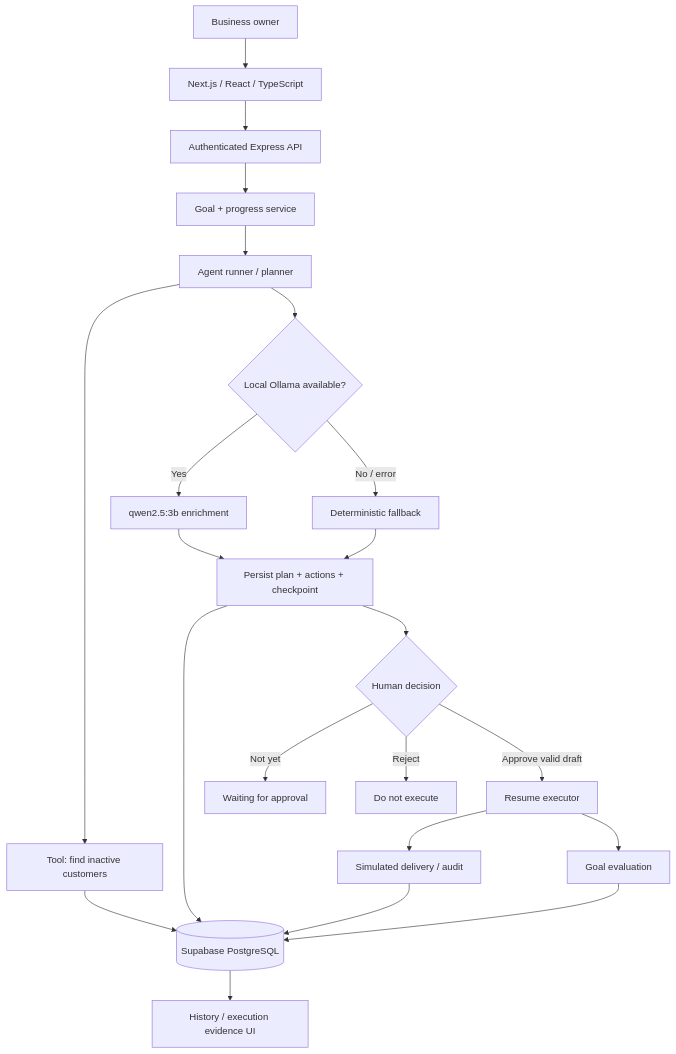
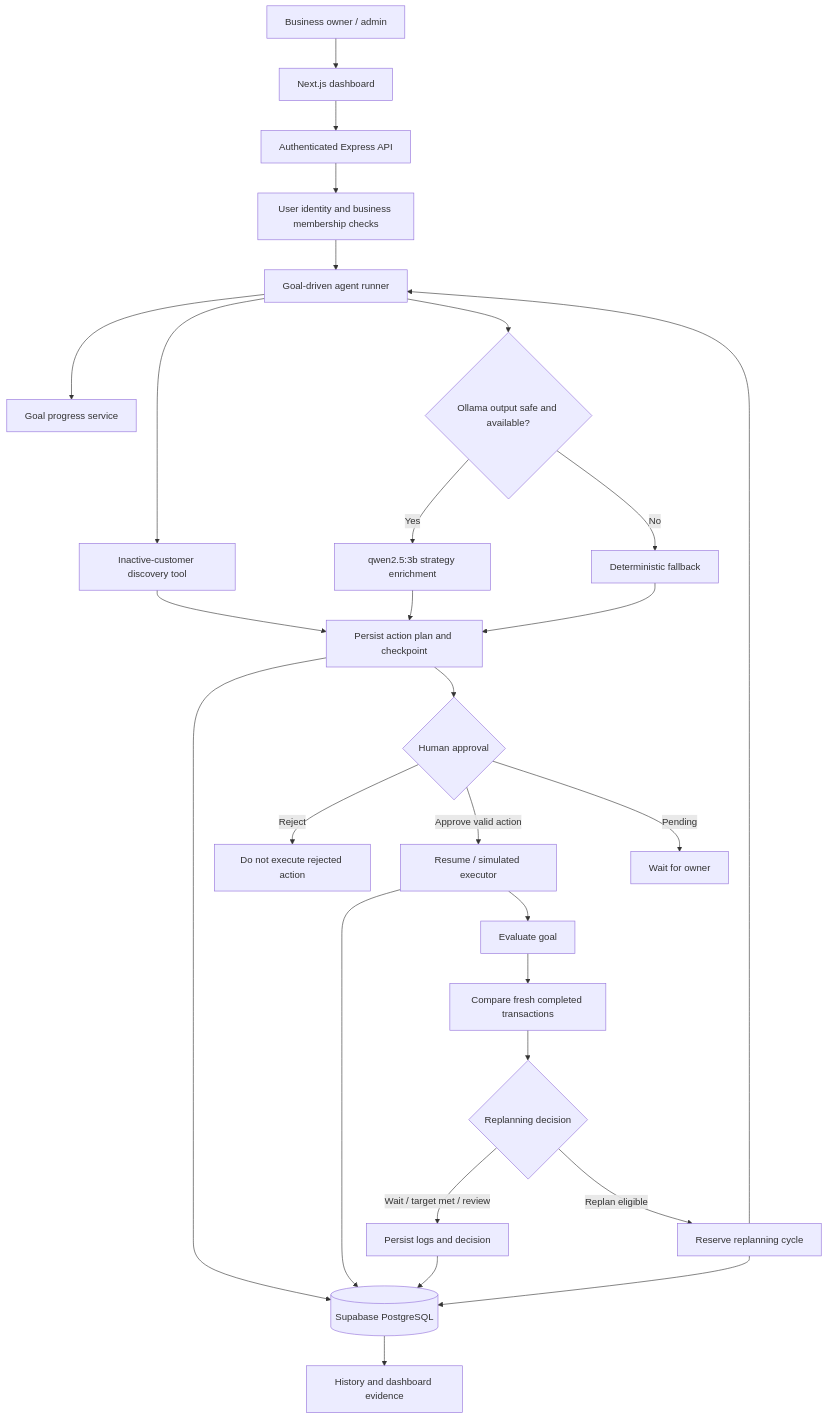
The diagram in README.md (im-arunkr/growpilot-ai), drawn with Mermaid before and after one commit. The commit also changed other lines of this file and 12 other files, not shown here.

Commit message:
feat: complete autonomous replanning, frontend integration and evaluation docs

````diff
--- a/README.md
+++ b/README.md
@@ -74,24 +72,30 @@
 ```mermaid
 flowchart TD
-    U[Business owner] --> UI[Next.js / React / TypeScript]
+    Owner[Business owner / admin] --> UI[Next.js dashboard]
     UI --> API[Authenticated Express API]
-    API --> G[Goal + progress service]
-    G --> P[Agent runner / planner]
-    P --> T[Tool: find inactive customers]
-    T --> DB[(Supabase PostgreSQL)]
-    P --> M{Local Ollama available?}
-    M -->|Yes| L[qwen2.5:3b enrichment]
-    M -->|No / error| F[Deterministic fallback]
-    L --> S[Persist plan + actions + checkpoint]
-    F --> S
-    S --> DB
-    S --> H{Human decision}
-    H -->|Not yet| W[Waiting for approval]
-    H -->|Reject| R[Do not execute]
-    H -->|Approve valid draft| E[Resume executor]
-    E --> D[Simulated delivery / audit]
-    D --> DB
-    E --> V[Goal evaluation]
-    V --> DB
-    DB --> HIST[History / execution evidence UI]
+    API --> Auth[User identity and business membership checks]
+    Auth --> Runner[Goal-driven agent runner]
+    Runner --> Metrics[Goal progress service]
+    Runner --> Tool[Inactive-customer discovery tool]
+    Runner --> AI{Ollama output safe and available?}
+    AI -->|Yes| Enrich[qwen2.5:3b strategy enrichment]
+    AI -->|No| Fallback[Deterministic fallback]
+    Enrich --> Plan[Persist action plan and checkpoint]
+    Fallback --> Plan
+    Tool --> Plan
+    Plan --> DB[(Supabase PostgreSQL)]
+    Plan --> Review{Human approval}
+    Review -->|Reject| Skip[Do not execute rejected action]
+    Review -->|Approve valid action| Resume[Resume / simulated executor]
+    Review -->|Pending| Wait[Wait for owner]
+    Resume --> DB
+    Resume --> Evaluate[Evaluate goal]
+    Evaluate --> Evidence[Compare fresh completed transactions]
+    Evidence --> Decide{Replanning decision}
+    Decide -->|Wait / target met / review| Audit[Persist logs and decision]
+    Decide -->|Replan eligible| Cycle[Reserve replanning cycle]
+    Cycle --> Runner
+    Cycle --> DB
+    Audit --> DB
+    DB --> History[History and dashboard evidence]
 ```
````
